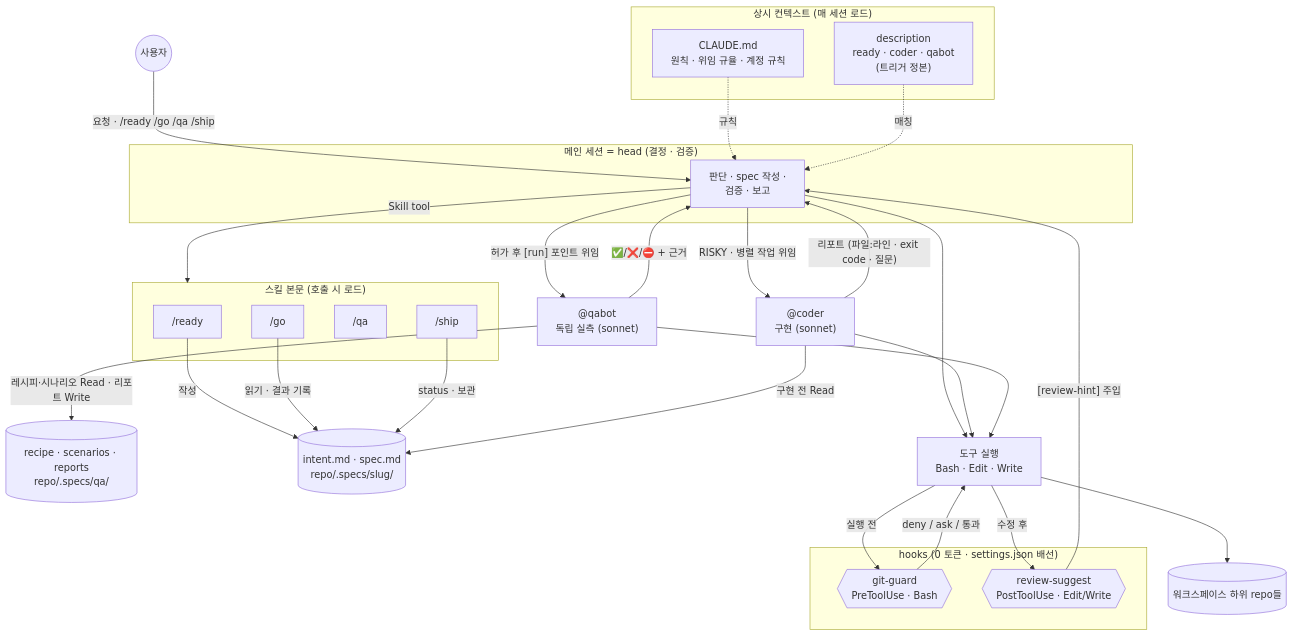
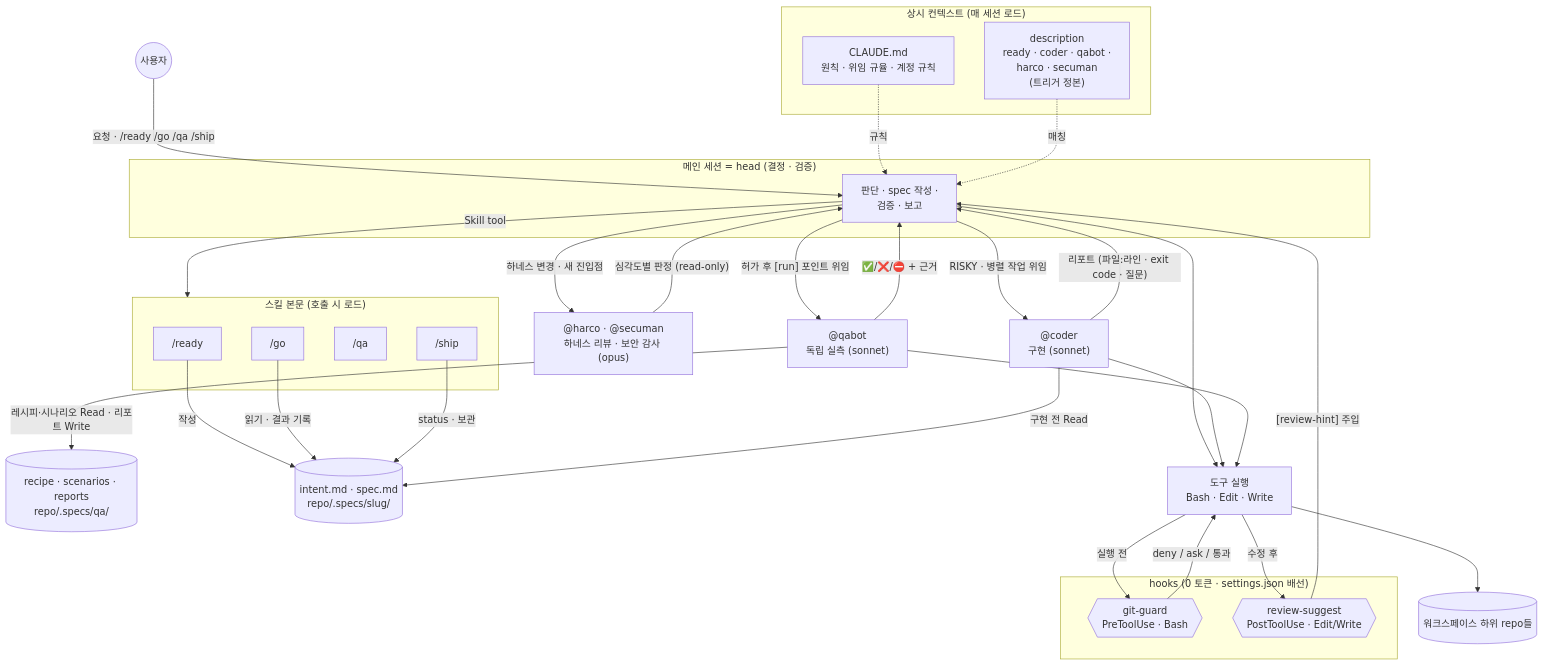
One commit to 95hyun/my-machina changed the first of 2 diagrams in README.md. Above: the diagram before and after it, drawn with Mermaid. The commit also changed other lines of this file and 13 other files, not shown here.

First line of the commit message:
feat: @harco·@secuman 도입 + 하네스 성능 CI, 첫 harco 감사 반영

````diff
--- a/README.md
+++ b/README.md
@@ -45,55 +45,58 @@
 ```mermaid
 flowchart TB
     U(("사용자"))
 
     subgraph CTX["상시 컨텍스트 (매 세션 로드)"]
         CM["CLAUDE.md<br/>원칙 · 위임 규율 · 계정 규칙"]
-        DS["description<br/>ready · coder · qabot<br/>(트리거 정본)"]
+        DS["description<br/>ready · coder · qabot ·<br/>harco · secuman<br/>(트리거 정본)"]
     end
 
     subgraph HEAD["메인 세션 = head (결정 · 검증)"]
         M["판단 · spec 작성 ·<br/>검증 · 보고"]
     end
 
     subgraph SK["스킬 본문 (호출 시 로드)"]
         R["/ready"]
         G["/go"]
         Q["/qa"]
         S["/ship"]
     end
 
     C["@coder<br/>구현 (sonnet)"]
     QB["@qabot<br/>독립 실측 (sonnet)"]
+    RV["@harco · @secuman<br/>하네스 리뷰 · 보안 감사 (opus)"]
     QA[("recipe · scenarios · reports<br/>repo/.specs/qa/")]
     SPEC[("intent.md · spec.md<br/>repo/.specs/slug/")]
 
     subgraph HK["hooks (0 토큰 · settings.json 배선)"]
         GG{{"git-guard<br/>PreToolUse · Bash"}}
         RS{{"review-suggest<br/>PostToolUse · Edit/Write"}}
     end
 
     T["도구 실행<br/>Bash · Edit · Write"]
     REPO[("워크스페이스 하위 repo들")]
 
     U -- "요청 · /ready /go /qa /ship" --> M
     CM -. 규칙 .-> M
     DS -. 매칭 .-> M
     M -- "Skill tool" --> SK
     R -- 작성 --> SPEC
     G -- 읽기 · 결과 기록 --> SPEC
     S -- "status · 보관" --> SPEC
     M -- "RISKY · 병렬 작업 위임" --> C
     C -- "구현 전 Read" --> SPEC
     C -- "리포트 (파일:라인 · exit code · 질문)" --> M
     M -- "허가 후 [run] 포인트 위임" --> QB
     QB -- "레시피·시나리오 Read · 리포트 Write" --> QA
     QB -- "✅/❌/⛔ + 근거" --> M
+    M -- "하네스 변경 · 새 진입점" --> RV
+    RV -- "심각도별 판정 (read-only)" --> M
     M --> T
     C --> T
     QB --> T
     T -- "실행 전" --> GG
     GG -- "deny / ask / 통과" --> T
     T --> REPO
     T -- "수정 후" --> RS
     RS -- "[review-hint] 주입" --> M
 ```
````
